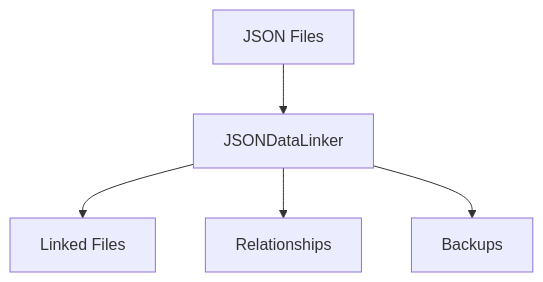
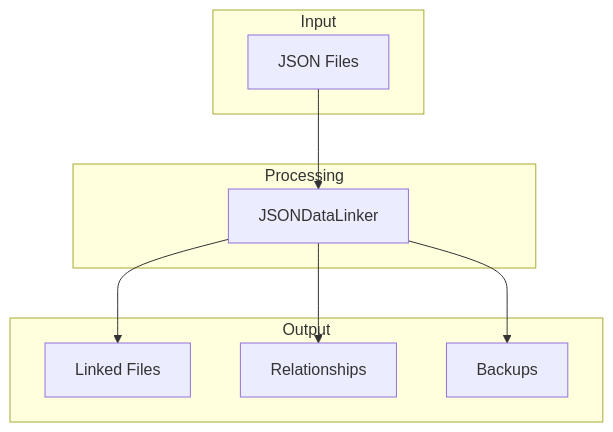
Before and after one commit to Shakour-Data/AutoProjectManagement: the second of 2 diagrams in Docs/SystemDesign/IntegrationServices/json_data_linker.md, drawn with Mermaid.

Commit message:
Auto-commit: 1 file(s) updated

````diff
--- a/Docs/SystemDesign/IntegrationServices/json_data_linker.md
+++ b/Docs/SystemDesign/IntegrationServices/json_data_linker.md
@@ -50,7 +50,21 @@
 ```mermaid
 flowchart TD
-    A[JSON Files] --> B[JSONDataLinker]
-    B --> C[Linked Files]
-    B --> D[Relationships]
-    B --> E[Backups]
+    subgraph Input
+        A[JSON Files]
+    end
+    
+    subgraph Processing
+        B[JSONDataLinker]
+    end
+    
+    subgraph Output
+        C[Linked Files]
+        D[Relationships]
+        E[Backups]
+    end
+    
+    A --> B
+    B --> C
+    B --> D
+    B --> E
 ```
````
